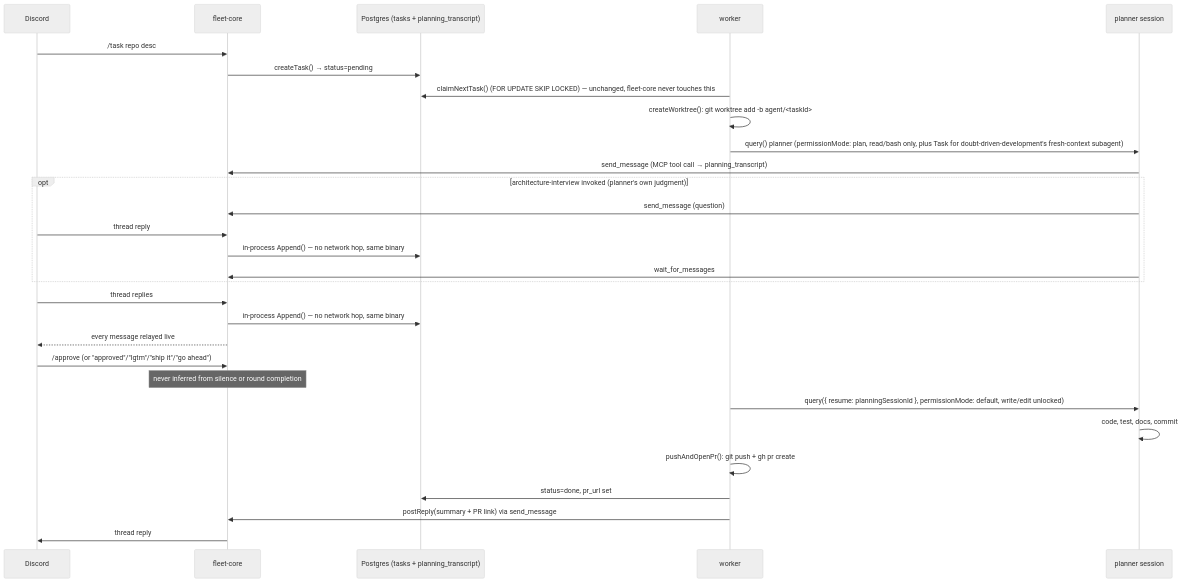
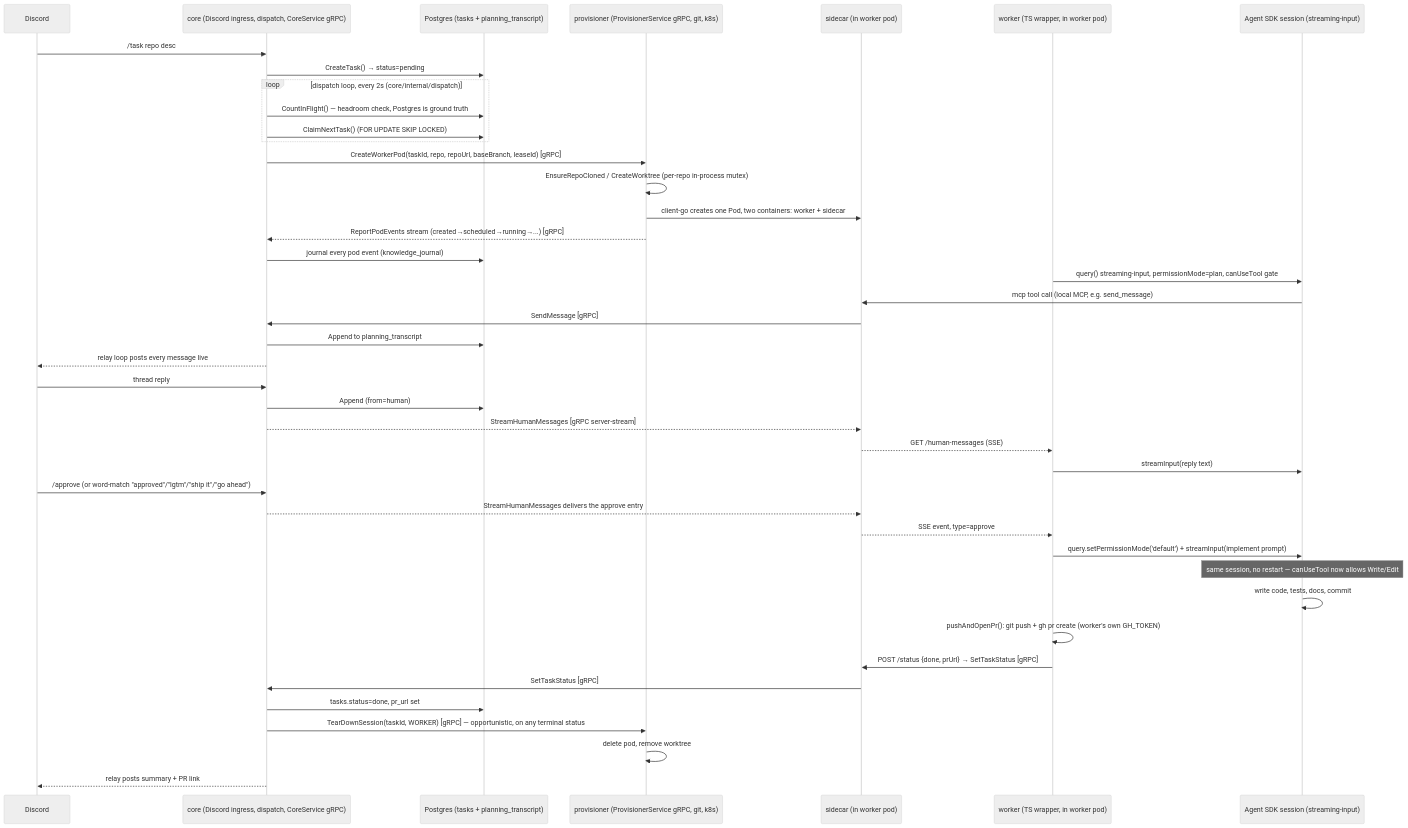
Before and after one commit to MohammadBnei/agent-fleet: the first of 2 diagrams in docs/ARCHITECTURE.md, drawn with Mermaid (neutral theme). The commit also changed other lines of this file and 6 other files, not shown here.

First line of the commit message:
docs: update docs and skills for the core/provisioner/sidecar/worker redesign

````diff
--- a/docs/ARCHITECTURE.md
+++ b/docs/ARCHITECTURE.md
@@ -24,35 +30,50 @@
 ```mermaid
 sequenceDiagram
     participant D as Discord
-    participant FC as fleet-core
+    participant C as core (Discord ingress, dispatch, CoreService gRPC)
     participant PG as Postgres (tasks + planning_transcript)
-    participant W as worker
-    participant P as planner session
+    participant P as provisioner (ProvisionerService gRPC, git, k8s)
+    participant SC as sidecar (in worker pod)
+    participant W as worker (TS wrapper, in worker pod)
+    participant Ag as Agent SDK session (streaming-input)
 
-    D->>FC: /task repo desc
-    FC->>PG: createTask() → status=pending
-    W->>PG: claimNextTask() (FOR UPDATE SKIP LOCKED) — unchanged, fleet-core never touches this
-    W->>W: createWorktree(): git worktree add -b agent/<taskId>
+    D->>C: /task repo desc
+    C->>PG: CreateTask() → status=pending
 
-    W->>P: query() planner (permissionMode: plan, read/bash only, plus Task for doubt-driven-development's fresh-context subagent)
-    P->>FC: send_message (MCP tool call → planning_transcript)
-    opt architecture-interview invoked (planner's own judgment)
-        P->>FC: send_message (question)
-        D->>FC: thread reply
-        FC->>PG: in-process Append() — no network hop, same binary
-        P->>FC: wait_for_messages
+    loop dispatch loop, every 2s (core/internal/dispatch)
+        C->>PG: CountInFlight() — headroom check, Postgres is ground truth
+        C->>PG: ClaimNextTask() (FOR UPDATE SKIP LOCKED)
     end
-    D->>FC: thread replies
-    FC->>PG: in-process Append() — no network hop, same binary
-    FC-->>D: every message relayed live
+    C->>P: CreateWorkerPod(taskId, repo, repoUrl, baseBranch, leaseId) [gRPC]
+    P->>P: EnsureRepoCloned / CreateWorktree (per-repo in-process mutex)
+    P->>SC: client-go creates one Pod, two containers: worker + sidecar
+    P-->>C: ReportPodEvents stream (created→scheduled→running→...) [gRPC]
+    C->>PG: journal every pod event (knowledge_journal)
 
-    D->>FC: /approve (or "approved"/"lgtm"/"ship it"/"go ahead")
-    Note over FC: never inferred from silence or round completion
+    W->>Ag: query() streaming-input, permissionMode=plan, canUseTool gate
+    Ag->>SC: mcp tool call (local MCP, e.g. send_message)
+    SC->>C: SendMessage [gRPC]
+    C->>PG: Append to planning_transcript
+    C-->>D: relay loop posts every message live
 
-    W->>P: query({ resume: planningSessionId }, permissionMode: default, write/edit unlocked)
-    P->>P: code, test, docs, commit
-    W->>W: pushAndOpenPr(): git push + gh pr create
-    W->>PG: status=done, pr_url set
-    W->>FC: postReply(summary + PR link) via send_message
-    FC->>D: thread reply
+    D->>C: thread reply
+    C->>PG: Append (from=human)
+    C-->>SC: StreamHumanMessages [gRPC server-stream]
+    SC-->>W: GET /human-messages (SSE)
+    W->>Ag: streamInput(reply text)
+
+    D->>C: /approve (or word-match "approved"/"lgtm"/"ship it"/"go ahead")
+    C-->>SC: StreamHumanMessages delivers the approve entry
+    SC-->>W: SSE event, type=approve
+    W->>Ag: query.setPermissionMode('default') + streamInput(implement prompt)
+    Note over Ag: same session, no restart — canUseTool now allows Write/Edit
+
+    Ag->>Ag: write code, tests, docs, commit
+    W->>W: pushAndOpenPr(): git push + gh pr create (worker's own GH_TOKEN)
+    W->>SC: POST /status {done, prUrl} → SetTaskStatus [gRPC]
+    SC->>C: SetTaskStatus [gRPC]
+    C->>PG: tasks.status=done, pr_url set
+    C->>P: TearDownSession(taskId, WORKER) [gRPC] — opportunistic, on any terminal status
+    P->>P: delete pod, remove worktree
+    C-->>D: relay posts summary + PR link
 ```
````
